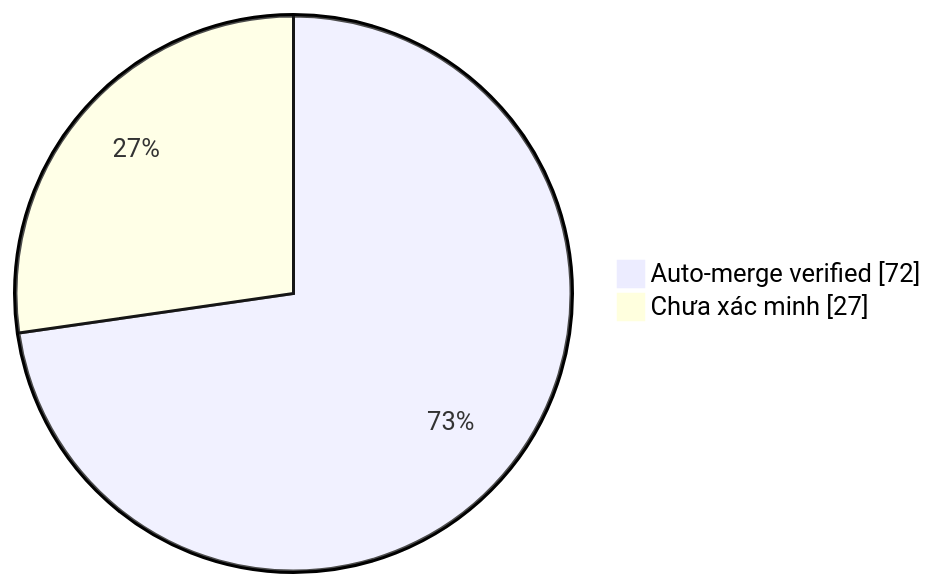
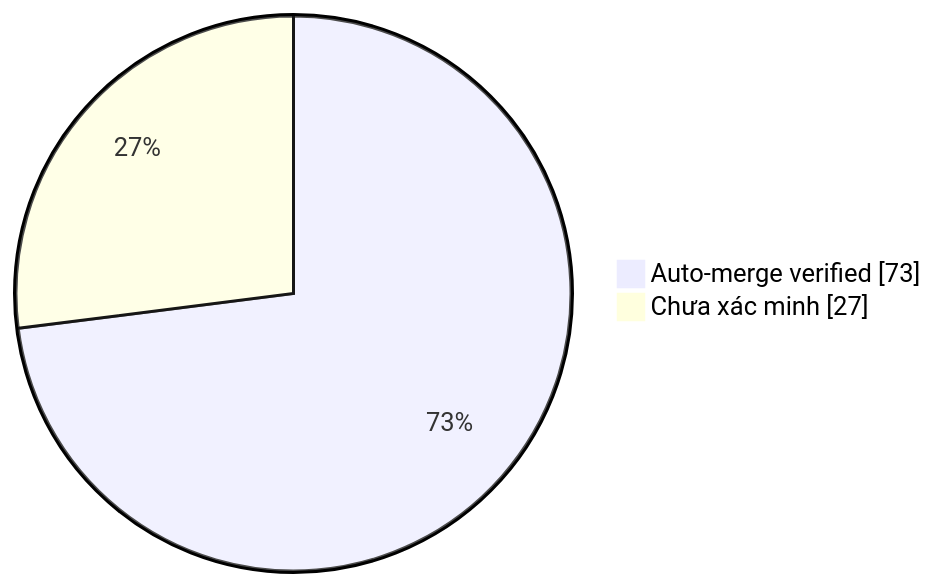
The diagram in collector.md (duykhang68/tetdinhmuiblog), drawn with Mermaid before and after one commit. The commit also changed other lines of this file and 1 other file, not shown here.

Commit message:
docs(collector): update auto-merge evidence dashboard

````diff
--- a/collector.md
+++ b/collector.md
@@ -22,5 +22,5 @@
 ```mermaid
 pie showData
-    "Auto-merge verified" : 72
+    "Auto-merge verified" : 73
     "Chưa xác minh" : 27
 ```
````
